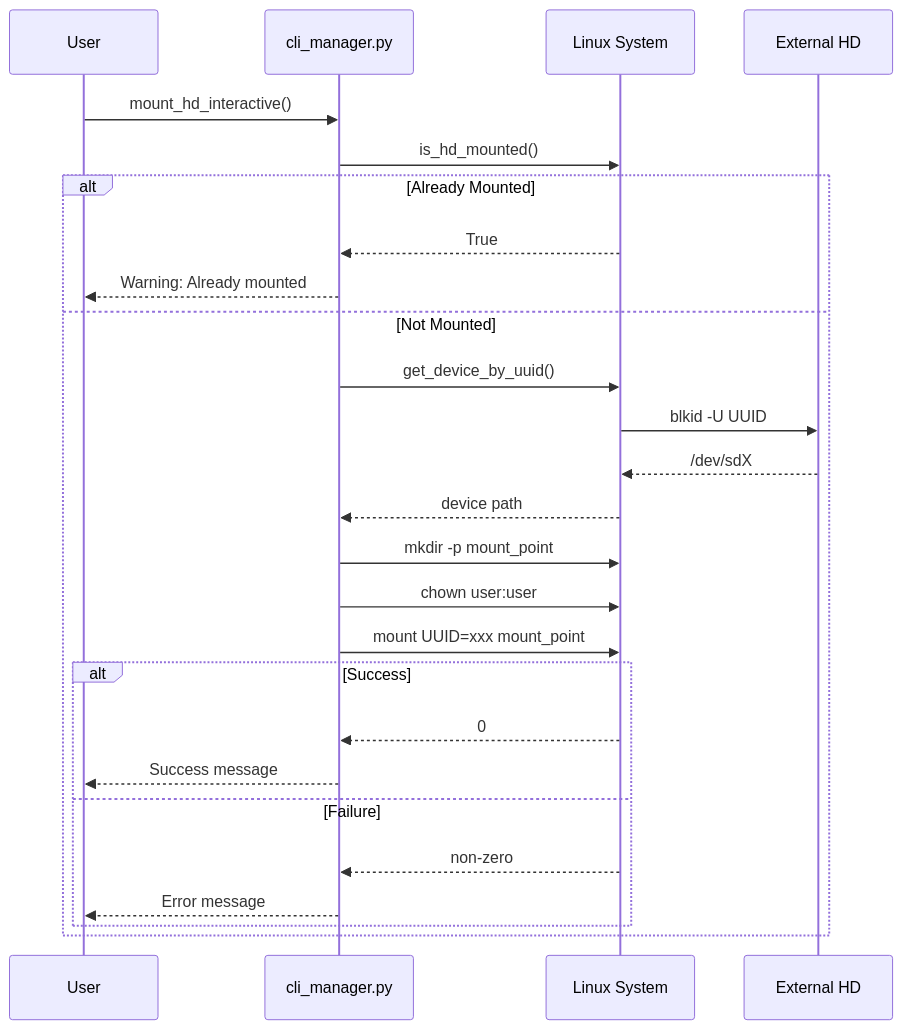
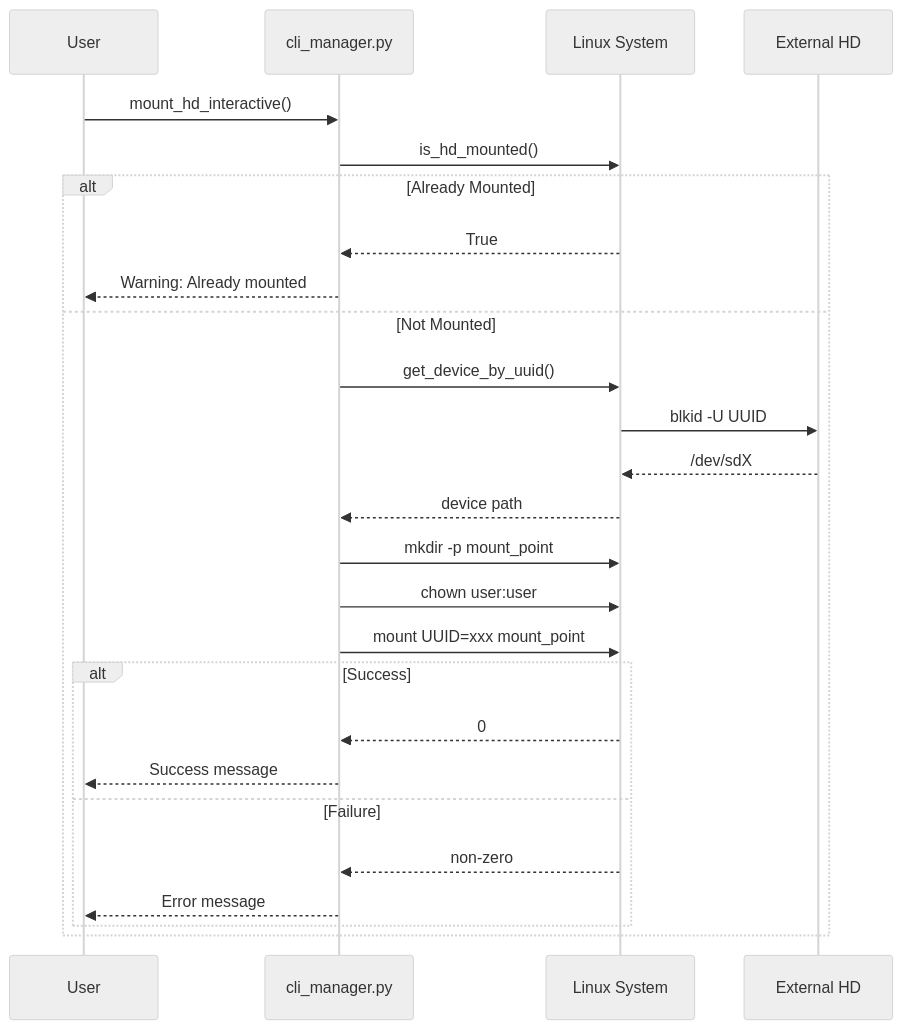
The first of 5 diagrams in docs/architecture/data-flow.md (mateus-mg/control-panel), drawn with Mermaid before and after one commit. The commit also changed other lines of this file, not shown here.

Commit message:
fix: improve mermaid diagrams for light/dark mode compatibility

````diff
--- a/docs/architecture/data-flow.md
+++ b/docs/architecture/data-flow.md
@@ -5,29 +5,30 @@
 ```mermaid
+%%{init: {'theme':'neutral'}}%%
 sequenceDiagram
     participant User
     participant CLI as cli_manager.py
     participant System as Linux System
     participant HD as External HD
 
     User->>CLI: mount_hd_interactive()
     CLI->>System: is_hd_mounted()
     alt Already Mounted
         System-->>CLI: True
         CLI-->>User: Warning: Already mounted
     else Not Mounted
         CLI->>System: get_device_by_uuid()
         System->>HD: blkid -U UUID
         HD-->>System: /dev/sdX
         System-->>CLI: device path
         CLI->>System: mkdir -p mount_point
         CLI->>System: chown user:user
         CLI->>System: mount UUID=xxx mount_point
         alt Success
             System-->>CLI: 0
             CLI-->>User: Success message
         else Failure
             System-->>CLI: non-zero
             CLI-->>User: Error message
         end
     end
 ```
````
